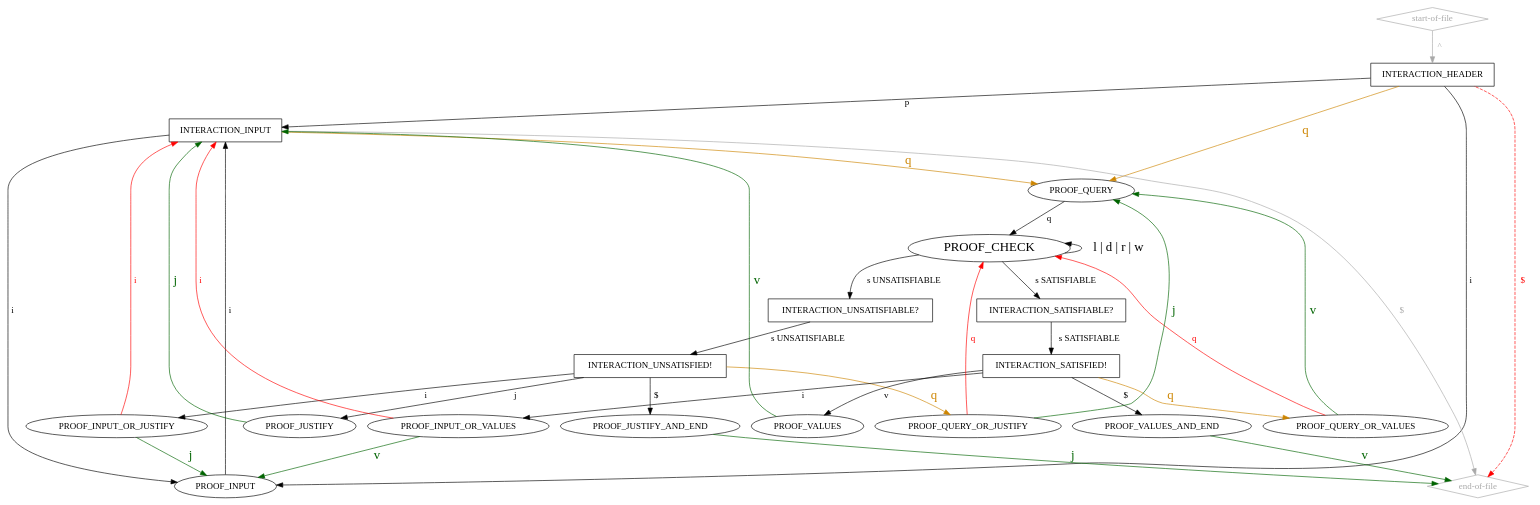
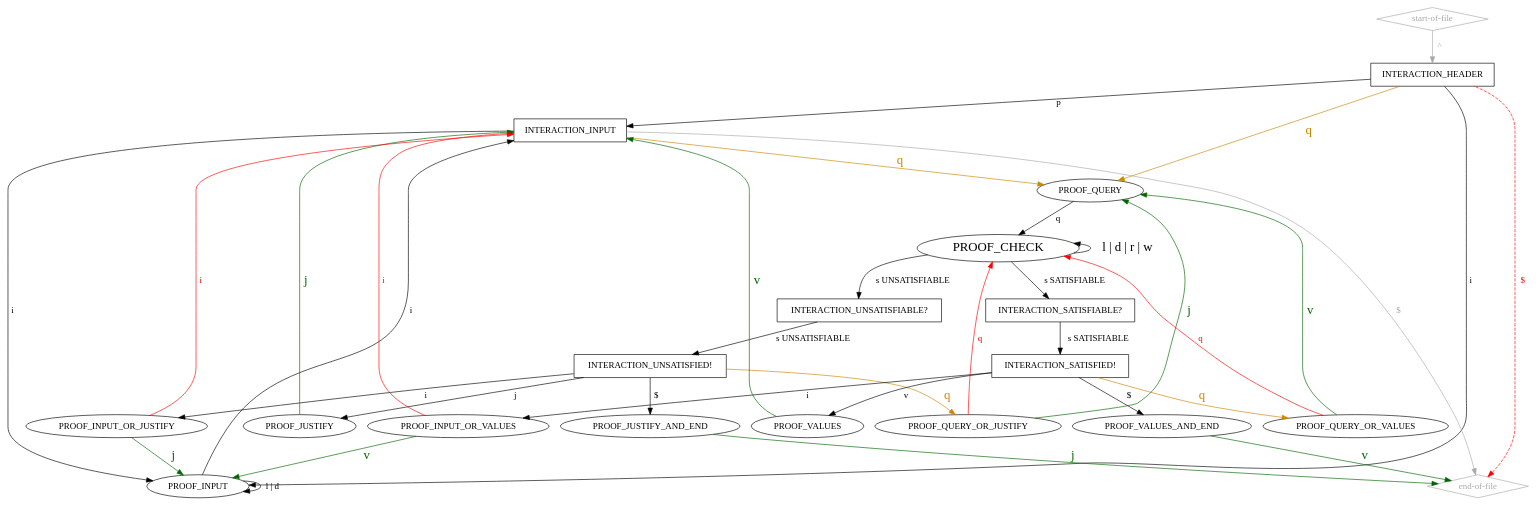
The diagram in idrup-check-relaxed.dot (arminbiere/lidrup-check), drawn with Graphviz before and after one commit. The commit also changed 3 other files, not shown here.

```diff
--- a/idrup-check-relaxed.dot
+++ b/idrup-check-relaxed.dot
@@ -1,66 +1,67 @@
 digraph "idrup-check" {
 
   "start-of-file" [shape=diamond,color=darkgray,fontcolor=darkgray];
   "start-of-file" -> INTERACTION_HEADER [label=" ^ ";weight=2,color=darkgray,fontcolor=darkgray];
 
   "end-of-file" [shape=diamond,color=darkgray,fontcolor=darkgray];
 
   // INTERACTION_HEADER -> "end-of-file";
   // INTERACTION_INPUT -> "end-of-file";
    "end-of-file" -> INTERACTION_HEADER [label="  $  ",dir=back,style=dashed,color=red,fontcolor=red];
    "end-of-file" -> INTERACTION_INPUT [label="$    ",dir=back,color=darkgray,fontcolor=darkgray];
 
   INTERACTION_HEADER [shape=box];
   INTERACTION_HEADER -> PROOF_INPUT [label=" i "];
   INTERACTION_HEADER -> PROOF_QUERY [label=" q ",color=orange3,fontsize=20,fontcolor=orange3];
   INTERACTION_HEADER -> INTERACTION_INPUT [label=" p ",weight=2,color=black,fontcolor=black];
 
   INTERACTION_INPUT [shape=box];
   INTERACTION_INPUT -> PROOF_INPUT [label=" i ",weight=2];
   INTERACTION_INPUT -> PROOF_QUERY [label=" q ",weight=2,color=orange3,fontsize=20,fontcolor=orange3];
 
-  PROOF_INPUT -> INTERACTION_INPUT [label=" i ",weight=3];
+  PROOF_INPUT -> INTERACTION_INPUT [label=" i "];
+  PROOF_INPUT -> PROOF_INPUT [label=" l | d "];
 
   PROOF_QUERY -> PROOF_CHECK [label=" q "];
 
   PROOF_CHECK [fontsize=20];
   PROOF_CHECK -> PROOF_CHECK [label=" l | d | r | w ",dir=back,fontsize=20];
   PROOF_CHECK -> INTERACTION_SATISFIABLE [label=" s SATISFIABLE "];
   PROOF_CHECK -> INTERACTION_UNSATISFIABLE [label=" s UNSATISFIABLE "];
 
   INTERACTION_UNSATISFIABLE [shape="box",label="INTERACTION_UNSATISFIABLE?"];
   INTERACTION_UNSATISFIABLE -> INTERACTION_UNSATISFIED [label=" s UNSATISFIABLE "];
 
   INTERACTION_SATISFIABLE [shape="box",label="INTERACTION_SATISFIABLE?"];
   INTERACTION_SATISFIABLE -> INTERACTION_SATISFIED [label=" s SATISFIABLE "];
 
   INTERACTION_SATISFIED [shape=box,label="INTERACTION_SATISFIED!"];
   INTERACTION_SATISFIED -> PROOF_VALUES [label=" v "];
   INTERACTION_SATISFIED -> PROOF_INPUT_OR_VALUES [label=" i "];
   INTERACTION_SATISFIED -> PROOF_QUERY_OR_VALUES [label=" q ", color=orange3,fontsize=20,fontcolor=orange3];
   INTERACTION_SATISFIED -> PROOF_VALUES_AND_END [label=" $ "];
 
   INTERACTION_UNSATISFIED [shape=box,label="INTERACTION_UNSATISFIED!"];
   INTERACTION_UNSATISFIED -> PROOF_JUSTIFY [label=" j "];
   INTERACTION_UNSATISFIED -> PROOF_INPUT_OR_JUSTIFY [label=" i "];
   INTERACTION_UNSATISFIED -> PROOF_QUERY_OR_JUSTIFY [label=" q ",color=orange3,fontsize=20,fontcolor=orange3];
   INTERACTION_UNSATISFIED -> PROOF_JUSTIFY_AND_END [label=" $ "];
 
   PROOF_VALUES_AND_END -> "end-of-file" [label=" v ",color=darkgreen,fontsize=20,fontcolor=darkgreen];
   PROOF_JUSTIFY_AND_END -> "end-of-file" [label=" j ",color=darkgreen,fontsize=20,fontcolor=darkgreen];
 
   PROOF_VALUES -> INTERACTION_INPUT [label=" v ",color=darkgreen,fontsize=20,fontcolor=darkgreen];
   PROOF_JUSTIFY -> INTERACTION_INPUT [label=" j ",color=darkgreen,fontsize=20,fontcolor=darkgreen];
 
   PROOF_INPUT_OR_VALUES -> INTERACTION_INPUT [label=" i ",color=red,fontcolor=red];
   PROOF_INPUT_OR_VALUES -> PROOF_INPUT [label=" v ", color=darkgreen,fontcolor=darkgreen,fontsize=20];
 
   PROOF_QUERY_OR_VALUES -> PROOF_QUERY [label=" v ",color=darkgreen,fontcolor=darkgreen,fontsize=20];
   PROOF_QUERY_OR_VALUES -> PROOF_CHECK [label=" q ",color=red,fontcolor=red];
 
   PROOF_QUERY_OR_JUSTIFY -> PROOF_QUERY [label=" j ",color=darkgreen,fontcolor=darkgreen,fontsize=20];
   PROOF_QUERY_OR_JUSTIFY -> PROOF_CHECK [label=" q ",color=red,fontcolor=red];
 
   PROOF_INPUT_OR_JUSTIFY -> PROOF_INPUT [label=" j ",color=darkgreen,fontcolor=darkgreen,fontsize=20];
   PROOF_INPUT_OR_JUSTIFY -> INTERACTION_INPUT [label=" i ",color=red,fontcolor=red];
 }
```
